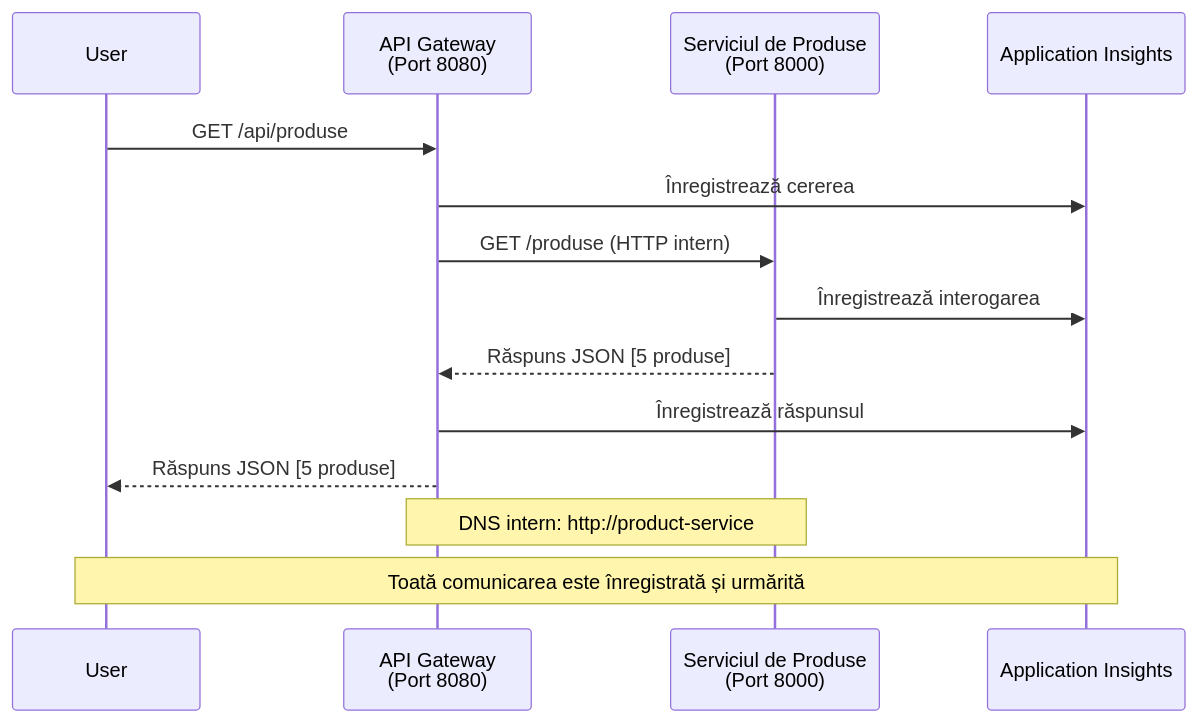
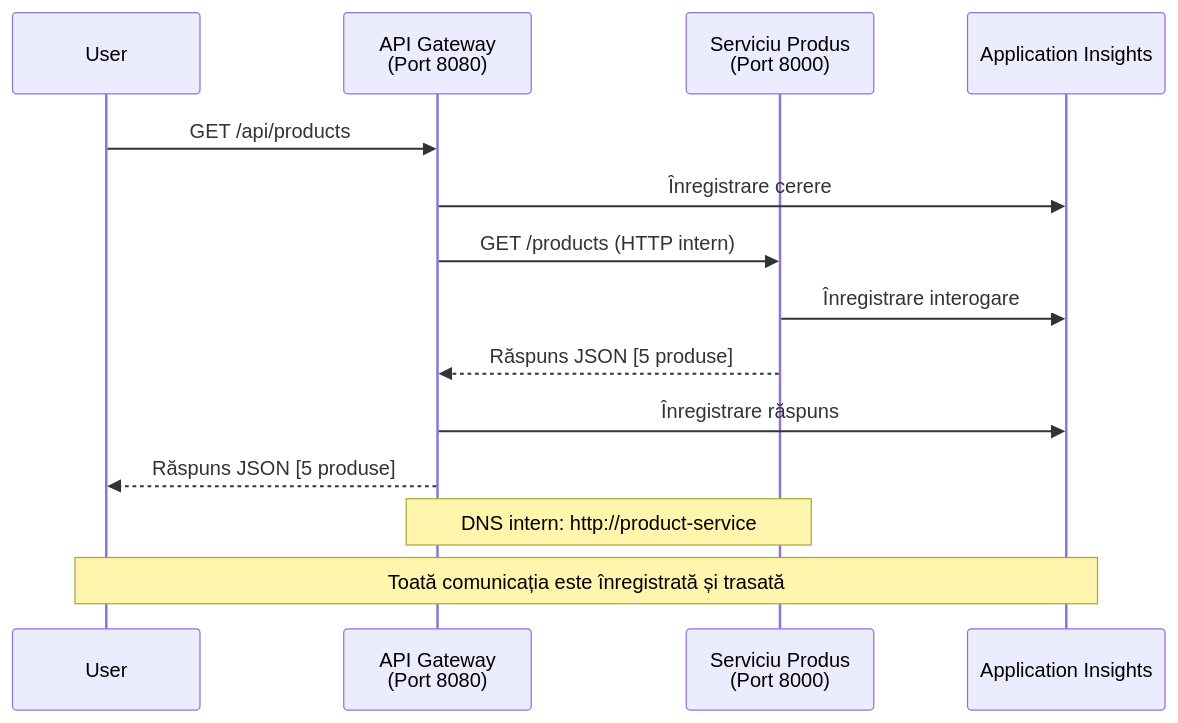
Before and after one commit to microsoft/AZD-for-beginners: the fourth of 4 diagrams in translations/ro/examples/microservices/README.md, drawn with Mermaid. The commit also changed other lines of this file and 242 other files, not shown here.

````diff
--- a/translations/ro/examples/microservices/README.md
+++ b/translations/ro/examples/microservices/README.md
@@ -432,18 +423,18 @@
 ```mermaid
 sequenceDiagram
     participant User
     participant Gateway as API Gateway<br/>(Port 8080)
-    participant Product as Serviciul de Produse<br/>(Port 8000)
+    participant Product as Serviciu Produs<br/>(Port 8000)
     participant AI as Application Insights
     
-    User->>Gateway: GET /api/produse
-    Gateway->>AI: Înregistrează cererea
-    Gateway->>Product: GET /produse (HTTP intern)
-    Product->>AI: Înregistrează interogarea
+    User->>Gateway: GET /api/products
+    Gateway->>AI: Înregistrare cerere
+    Gateway->>Product: GET /products (HTTP intern)
+    Product->>AI: Înregistrare interogare
     Product-->>Gateway: Răspuns JSON [5 produse]
-    Gateway->>AI: Înregistrează răspunsul
+    Gateway->>AI: Înregistrare răspuns
     Gateway-->>User: Răspuns JSON [5 produse]
     
     Note over Gateway,Product: DNS intern: http://product-service
-    Note over User,AI: Toată comunicarea este înregistrată și urmărită
-```
+    Note over User,AI: Toată comunicația este înregistrată și trasată
+```  
````
